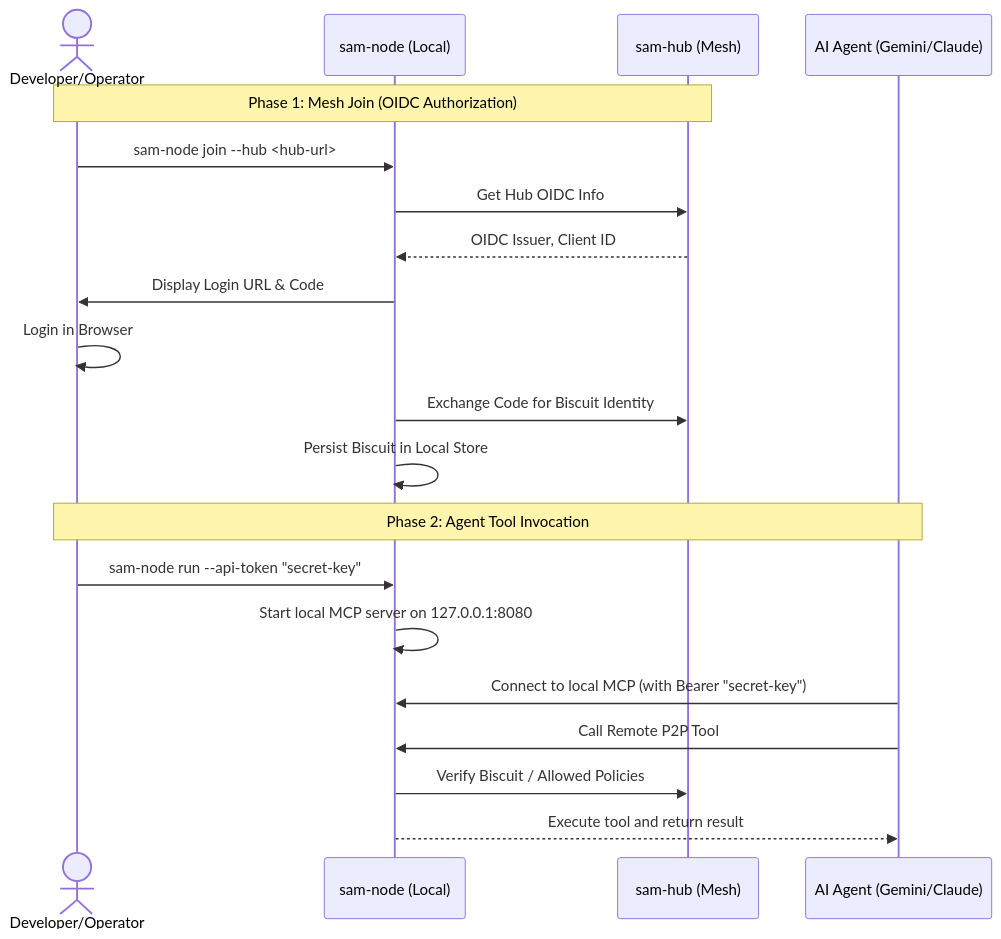
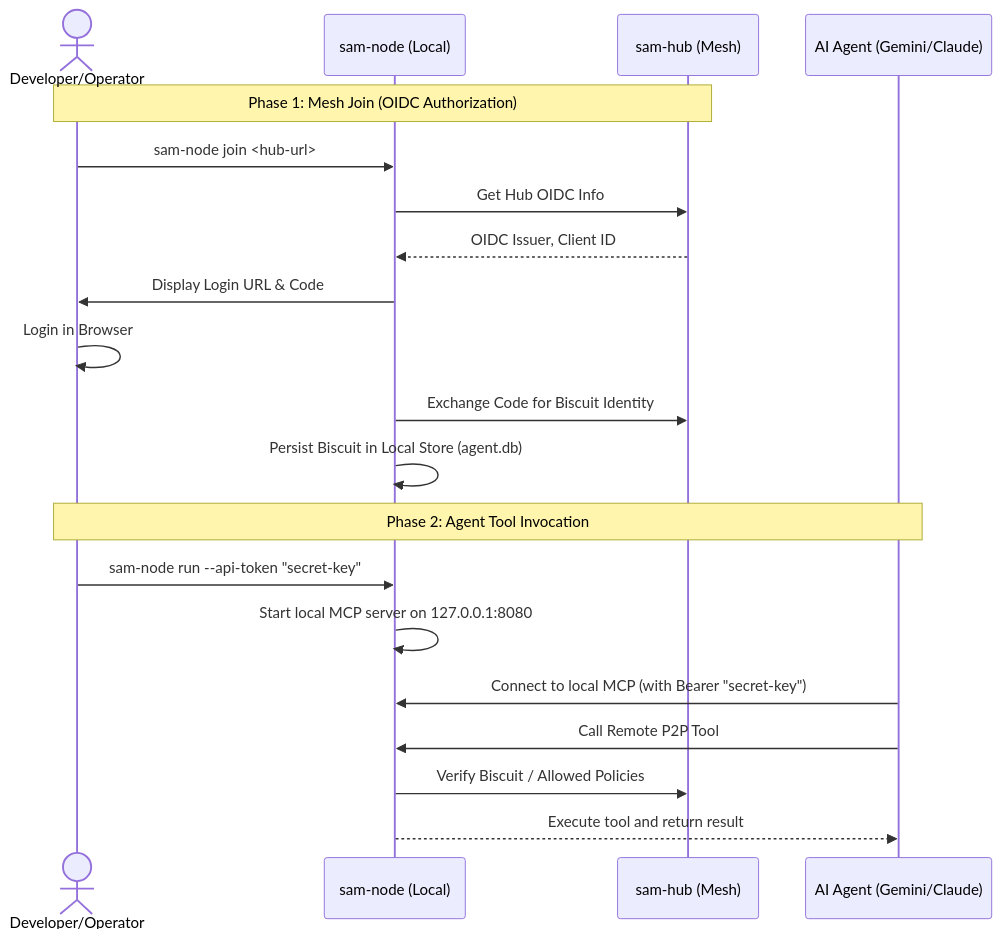
One commit to google/sam changed the diagram in site/content/docs/user/agent-usage.md. Above: the diagram before and after it, drawn with Mermaid. The commit also changed other lines of this file and 6 other files, not shown here.

````diff
--- a/site/content/docs/user/agent-usage.md
+++ b/site/content/docs/user/agent-usage.md
@@ -14,24 +14,24 @@
 ```mermaid
 sequenceDiagram
     actor User as Developer/Operator
     participant Node as sam-node (Local)
     participant Hub as sam-hub (Mesh)
     participant Agent as AI Agent (Gemini/Claude)
     
     Note over User,Hub: Phase 1: Mesh Join (OIDC Authorization)
-    User->>Node: sam-node join --hub <hub-url>
+    User->>Node: sam-node join <hub-url>
     Node->>Hub: Get Hub OIDC Info
     Hub-->>Node: OIDC Issuer, Client ID
     Node->>User: Display Login URL & Code
     User->>User: Login in Browser
     Node->>Hub: Exchange Code for Biscuit Identity
-    Node->>Node: Persist Biscuit in Local Store
+    Node->>Node: Persist Biscuit in Local Store (agent.db)
 
     Note over User,Agent: Phase 2: Agent Tool Invocation
     User->>Node: sam-node run --api-token "secret-key"
     Node->>Node: Start local MCP server on 127.0.0.1:8080
     Agent->>Node: Connect to local MCP (with Bearer "secret-key")
     Agent->>Node: Call Remote P2P Tool
     Node->>Hub: Verify Biscuit / Allowed Policies
     Node-->>Agent: Execute tool and return result
 ```
````
